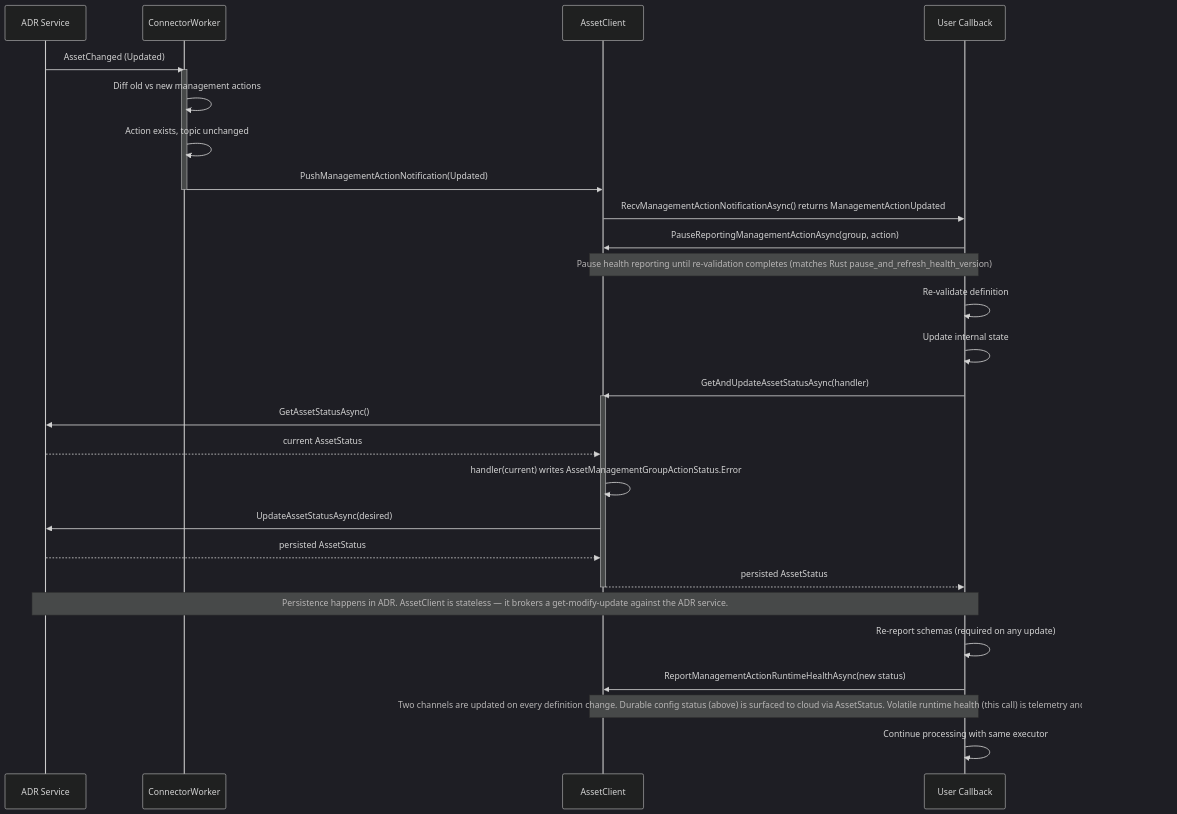
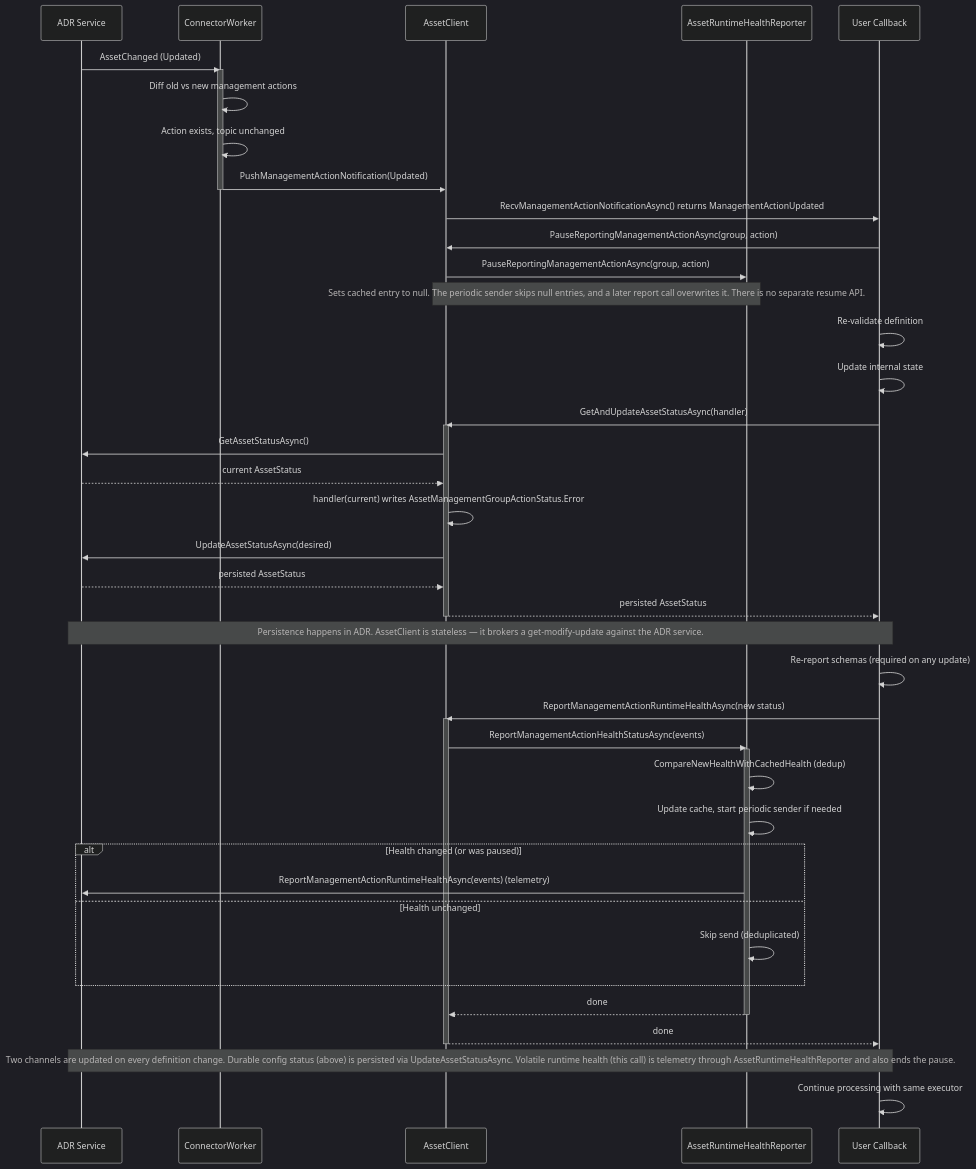
One commit to Azure/iot-operations-sdks changed the sixth of 10 diagrams in doc/dev/tmp/management-action-implementation-design.md. Above: the diagram before and after it, drawn with Mermaid (dark theme). The commit also changed other lines of this file, not shown here.

````diff
--- a/doc/dev/tmp/management-action-implementation-design.md
+++ b/doc/dev/tmp/management-action-implementation-design.md
@@ -704,35 +704,51 @@
 ```mermaid
 sequenceDiagram
     participant ADR as ADR Service
     participant CW as ConnectorWorker
     participant AC as AssetClient
+    participant HR as AssetRuntimeHealthReporter
     participant User as User Callback
 
     ADR->>CW: AssetChanged (Updated)
     activate CW
     CW->>CW: Diff old vs new management actions
     CW->>CW: Action exists, topic unchanged
 
     CW->>AC: PushManagementActionNotification(Updated)
     deactivate CW
     AC->>User: RecvManagementActionNotificationAsync() returns ManagementActionUpdated
 
     User->>AC: PauseReportingManagementActionAsync(group, action)
-    Note over User,AC: Pause health reporting until re-validation completes (matches Rust pause_and_refresh_health_version)
+    AC->>HR: PauseReportingManagementActionAsync(group, action)
+    Note over AC,HR: Sets cached entry to null. The periodic sender skips null entries, and a later report call overwrites it. There is no separate resume API.
     User->>User: Re-validate definition
     User->>User: Update internal state
     User->>AC: GetAndUpdateAssetStatusAsync(handler)
     activate AC
     AC->>ADR: GetAssetStatusAsync()
     ADR-->>AC: current AssetStatus
     AC->>AC: handler(current) writes AssetManagementGroupActionStatus.Error
     AC->>ADR: UpdateAssetStatusAsync(desired)
     ADR-->>AC: persisted AssetStatus
     AC-->>User: persisted AssetStatus
     deactivate AC
     Note over User,ADR: Persistence happens in ADR. AssetClient is stateless — it brokers a get-modify-update against the ADR service.
     User->>User: Re-report schemas (required on any update)
     User->>AC: ReportManagementActionRuntimeHealthAsync(new status)
-    Note over User,AC: Two channels are updated on every definition change. Durable config status (above) is surfaced to cloud via AssetStatus. Volatile runtime health (this call) is telemetry and also ends the pause.
+    activate AC
+    AC->>HR: ReportManagementActionHealthStatusAsync(events)
+    activate HR
+    HR->>HR: CompareNewHealthWithCachedHealth (dedup)
+    HR->>HR: Update cache, start periodic sender if needed
+    alt Health changed (or was paused)
+        HR->>ADR: ReportManagementActionRuntimeHealthAsync(events) (telemetry)
+    else Health unchanged
+        HR->>HR: Skip send (deduplicated)
+    end
+    HR-->>AC: done
+    deactivate HR
+    AC-->>User: done
+    deactivate AC
+    Note over User,ADR: Two channels are updated on every definition change. Durable config status (above) is persisted via UpdateAssetStatusAsync. Volatile runtime health (this call) is telemetry through AssetRuntimeHealthReporter and also ends the pause.
     User->>User: Continue processing with same executor
 ```
````
